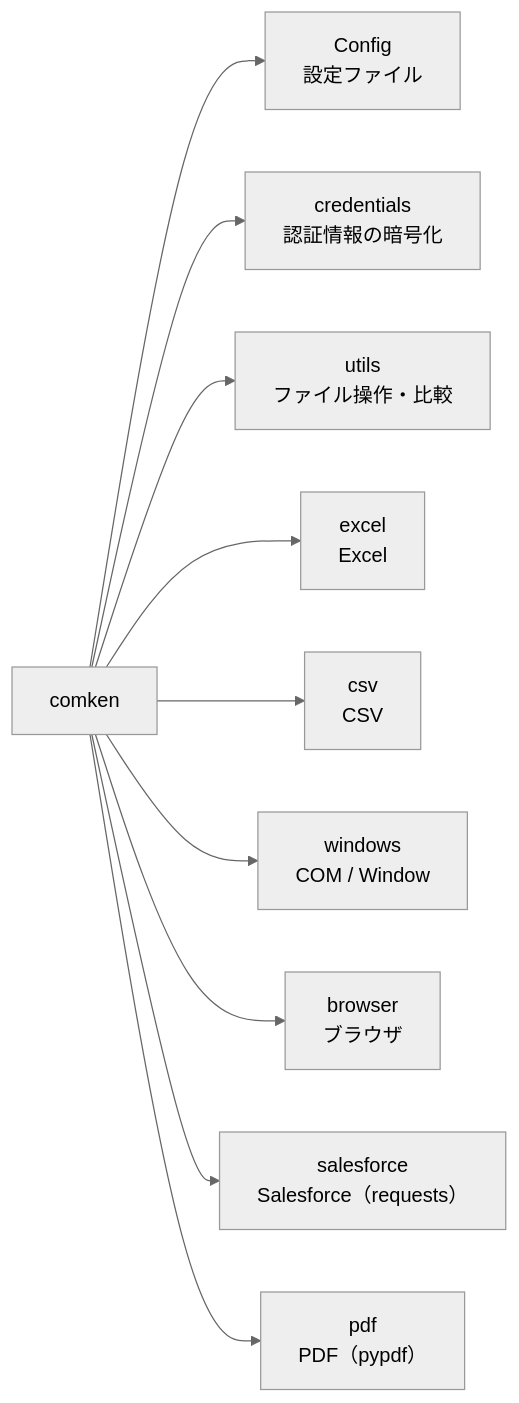
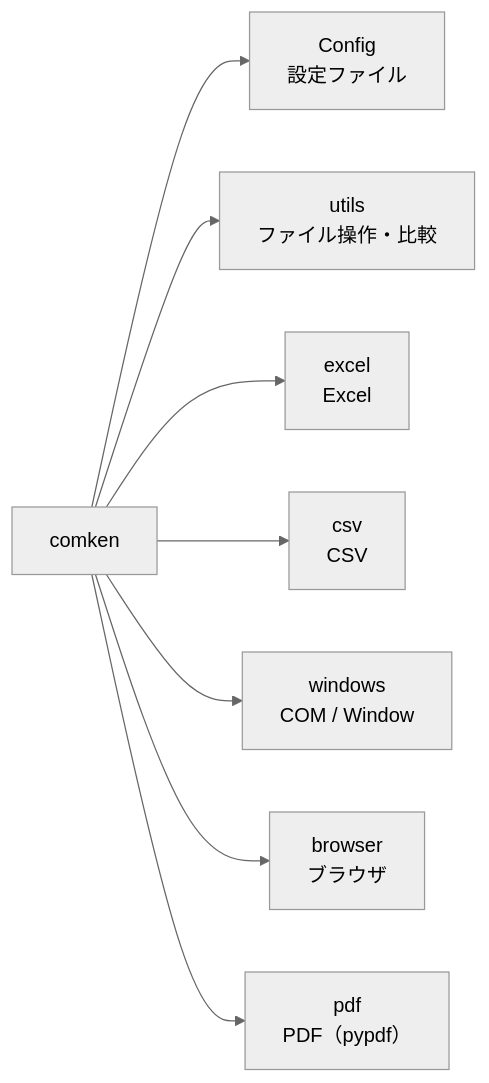
The first of 4 diagrams in README.md (tenniscorecom/comken), drawn with Mermaid (neutral theme) before and after one commit. The commit also changed other lines of this file and 50 other files, not shown here.

Commit message:
salesforce と credentials を撤去（社内の既存の仕組みを使うため）

````diff
--- a/README.md
+++ b/README.md
@@ -1306,12 +1032,10 @@
 ```mermaid
 graph LR
     comken --> config["Config\n設定ファイル"]
-    comken --> credentials["credentials\n認証情報の暗号化"]
     comken --> utils["utils\nファイル操作・比較"]
     comken --> excel["excel\nExcel"]
     comken --> csv["csv\nCSV"]
     comken --> windows["windows\nCOM / Window"]
     comken --> browser["browser\nブラウザ"]
-    comken --> salesforce["salesforce\nSalesforce（requests）"]
     comken --> pdf["pdf\nPDF（pypdf）"]
 ```
````
